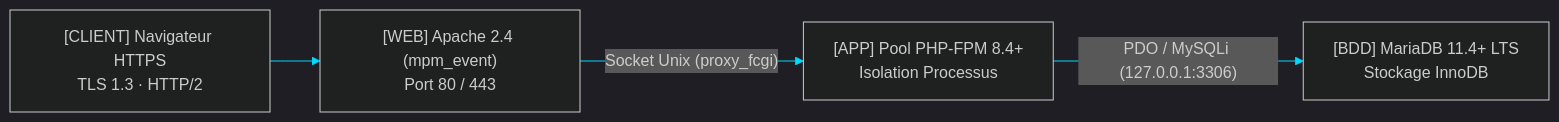
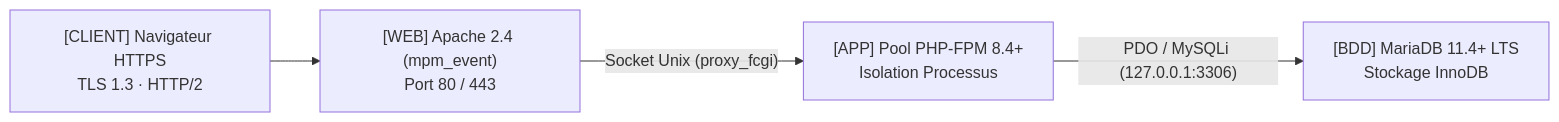
One commit to 0xCyberLiTech/Apache2 changed the diagram in LAMP.md. Above: the diagram before and after it, drawn with Mermaid.

Commit message:
feat(wireframe-hud): Règle 23 — 100% icônes fil de fer, tutos Debian 13/14 & gardiens Niveau 4+

````diff
--- a/LAMP.md
+++ b/LAMP.md
@@ -75,7 +75,6 @@
 ```mermaid
-%%{init: {'theme': 'dark', 'themeVariables': { 'primaryColor': '#091326', 'primaryTextColor': '#f8fafc', 'primaryBorderColor': '#00d9ff', 'lineColor': '#00d9ff'}}}%%
 flowchart LR
     CLIENT["[CLIENT] Navigateur HTTPS<br/>TLS 1.3 · HTTP/2"] --> APACHE["[WEB] Apache 2.4 (mpm_event)<br/>Port 80 / 443"]
     APACHE -->|"Socket Unix (proxy_fcgi)"| PHPFPM["[APP] Pool PHP-FPM 8.4+<br/>Isolation Processus"]
     PHPFPM -->|"PDO / MySQLi (127.0.0.1:3306)"| MARIADB["[BDD] MariaDB 11.4+ LTS<br/>Stockage InnoDB"]
 ```
````
